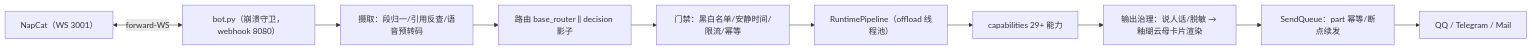
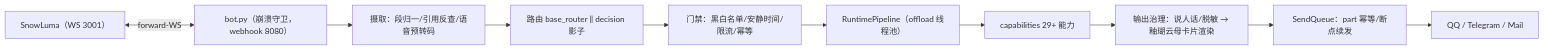
The diagram in README.md (LancyCelestia/WuWa-Character-Bots), drawn with Mermaid before and after one commit. The commit also changed other lines of this file and 1347 other files, not shown here.

````diff
--- a/README.md
+++ b/README.md
@@ -64,12 +68,12 @@
 ```mermaid
 flowchart LR
-    QQ["NapCat（WS 3001）"] <-- forward-WS --> bot["bot.py（崩溃守卫，webhook 8080）"]
+    QQ["SnowLuma（WS 3001）"] <-- forward-WS --> bot["bot.py（崩溃守卫，webhook 8080）"]
     bot --> ingest["摄取：段归一/引用反查/语音预转码"]
     ingest --> route["路由 base_router ‖ decision 影子"]
     route --> gate["门禁：黑白名单/安静时间/限流/幂等"]
     gate --> pipe["RuntimePipeline（offload 线程池）"]
     pipe --> caps["capabilities 29+ 能力"]
     caps --> render["输出治理：说人话/脱敏 → 釉瑚云母卡片渲染"]
     render --> queue["SendQueue：part 幂等/断点续发"]
     queue --> out["QQ / Telegram / Mail"]
 ```
````
